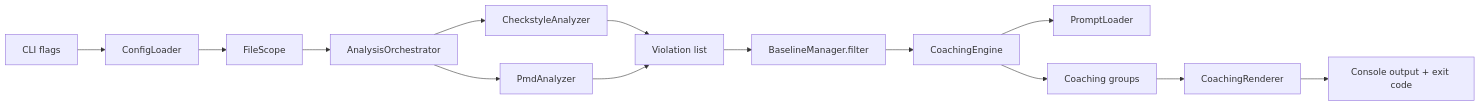
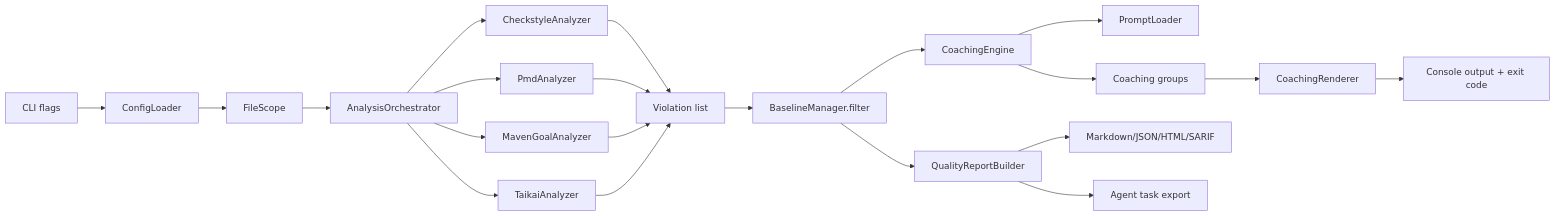
One commit to patbaumgartner/habbit-hooks changed the diagram in ARCHITECTURE.md. Above: the diagram before and after it, drawn with Mermaid. The commit also changed other lines of this file and 87 other files, not shown here.

````diff
--- a/ARCHITECTURE.md
+++ b/ARCHITECTURE.md
@@ -8,16 +8,23 @@
 ```mermaid
 flowchart LR
     A[CLI flags] --> B[ConfigLoader]
     B --> C[FileScope]
     C --> D[AnalysisOrchestrator]
     D --> E[CheckstyleAnalyzer]
     D --> F[PmdAnalyzer]
+    D --> N[MavenGoalAnalyzer]
+    D --> O[TaikaiAnalyzer]
     E --> G[Violation list]
     F --> G
+    N --> G
+    O --> G
     G --> H[BaselineManager.filter]
     H --> I[CoachingEngine]
     I --> J[PromptLoader]
     I --> K[Coaching groups]
     K --> L[CoachingRenderer]
     L --> M[Console output + exit code]
+    H --> P[QualityReportBuilder]
+    P --> Q[Markdown/JSON/HTML/SARIF]
+    P --> R[Agent task export]
 ```
````
